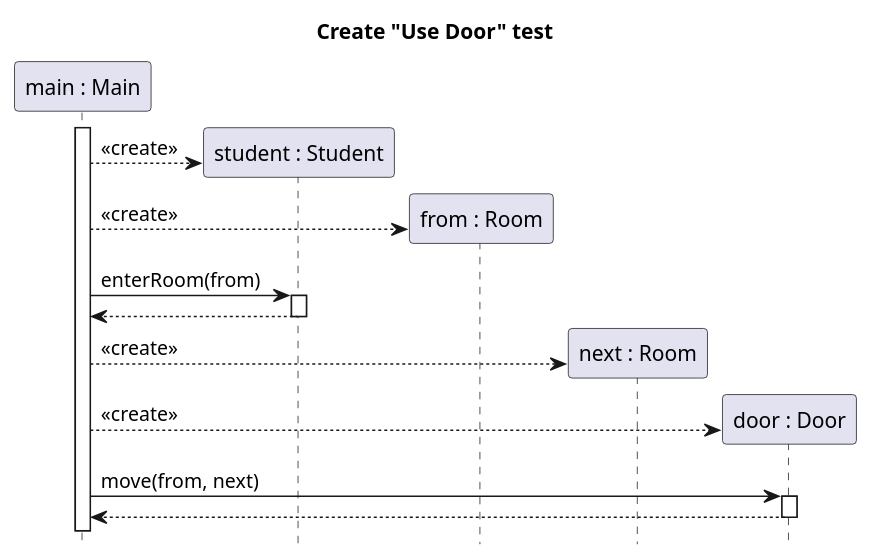
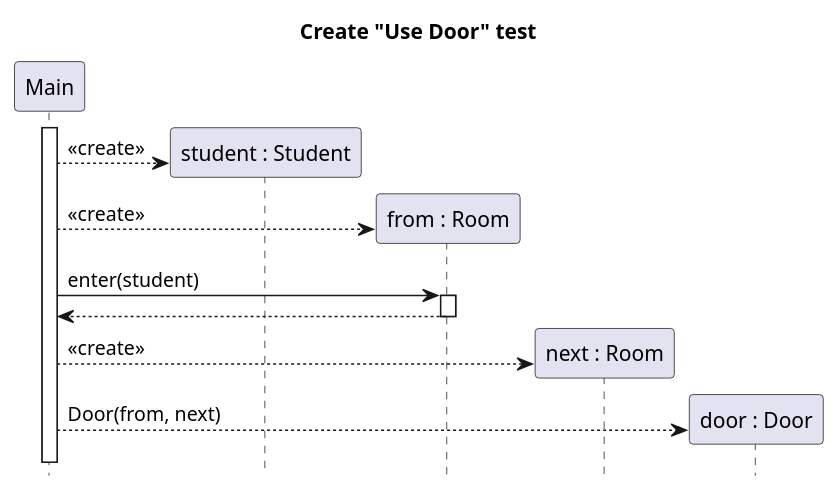
Before and after one commit to sn4k3ch4rm3r/logarlec: the diagram in docs/diagrams/test-create-sequence/student-entered-room-create.puml, drawn with PlantUML. The commit also changed 20 other files, not shown here.

Commit message:
Fixed initializer sequences

```diff
--- a/docs/diagrams/test-create-sequence/student-entered-room-create.puml
+++ b/docs/diagrams/test-create-sequence/student-entered-room-create.puml
@@ -1,24 +1,22 @@
 @startuml student-entered-room-create
 title Create "Use Door" test
 hide footbox
-participant "main : Main" as main
+participant "Main" as main
 participant "student : Student" as student
 participant "from : Room" as from
 participant "next : Room" as next
 participant "door : Door" as door
 
 main++
 create student
 main --> student: <<create>>
 create from
 main --> from: <<create>>
-main -> student ++ : enterRoom(from)
+main -> from ++ : enter(student)
 return
 create next
 main --> next: <<create>>
 create door
-main --> door: <<create>>
-main -> door ++ : move(from, next)
-return
+main --> door: Door(from, next)
 
 @enduml
```
